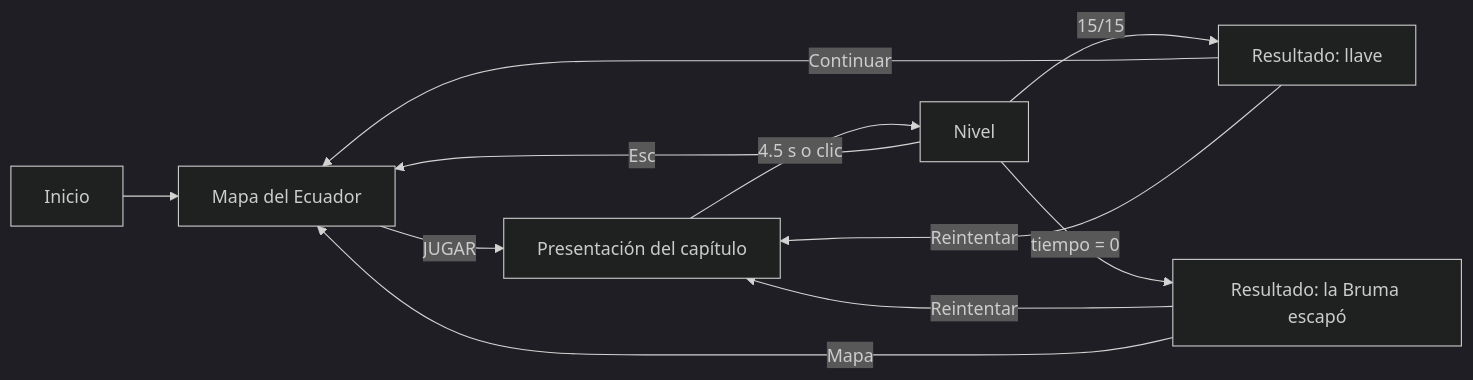
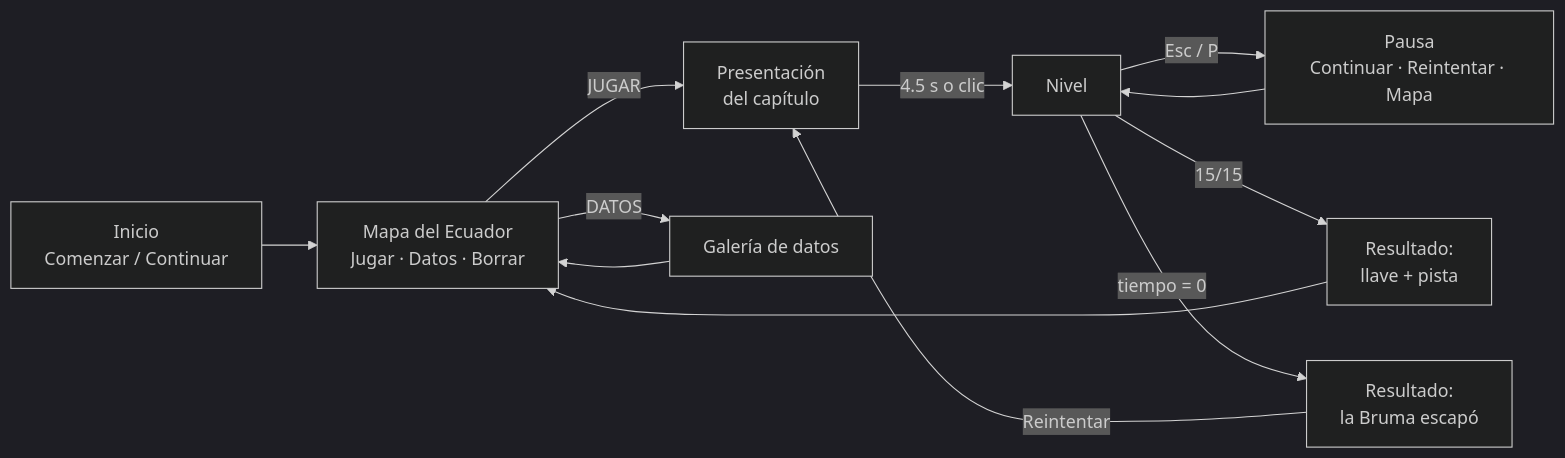
The second of 2 diagrams in GDD.md (2026B-sof-jueg-gr1/rocha-rocha-evelin-ximena-jueg-gr1), drawn with Mermaid (dark theme) before and after one commit. The commit also changed other lines of this file and 25 other files, not shown here.

````diff
--- a/GDD.md
+++ b/GDD.md
@@ -80,13 +314,14 @@
 ```mermaid
 flowchart LR
-    I[Inicio] --> M[Mapa del Ecuador]
-    M -->|JUGAR| C[Presentación del capítulo]
-    C -->|"4.5 s o clic"| N[Nivel]
-    N -->|"15/15"| RG[Resultado: llave]
-    N -->|"tiempo = 0"| RP[Resultado: la Bruma escapó]
-    N -->|Esc| M
-    RG -->|Continuar| M
-    RG -->|Reintentar| C
+    I["Inicio<br/>Comenzar / Continuar"] --> M["Mapa del Ecuador<br/>Jugar · Datos · Borrar"]
+    M -->|JUGAR| C["Presentación<br/>del capítulo"]
+    M -->|DATOS| G["Galería de datos"]
+    G --> M
+    C -->|"4.5 s o clic"| N["Nivel"]
+    N -->|"Esc / P"| P["Pausa<br/>Continuar · Reintentar · Mapa"]
+    P --> N
+    N -->|"15/15"| RG["Resultado:<br/>llave + pista"]
+    N -->|"tiempo = 0"| RP["Resultado:<br/>la Bruma escapó"]
+    RG --> M
     RP -->|Reintentar| C
-    RP -->|Mapa| M
 ```
````
